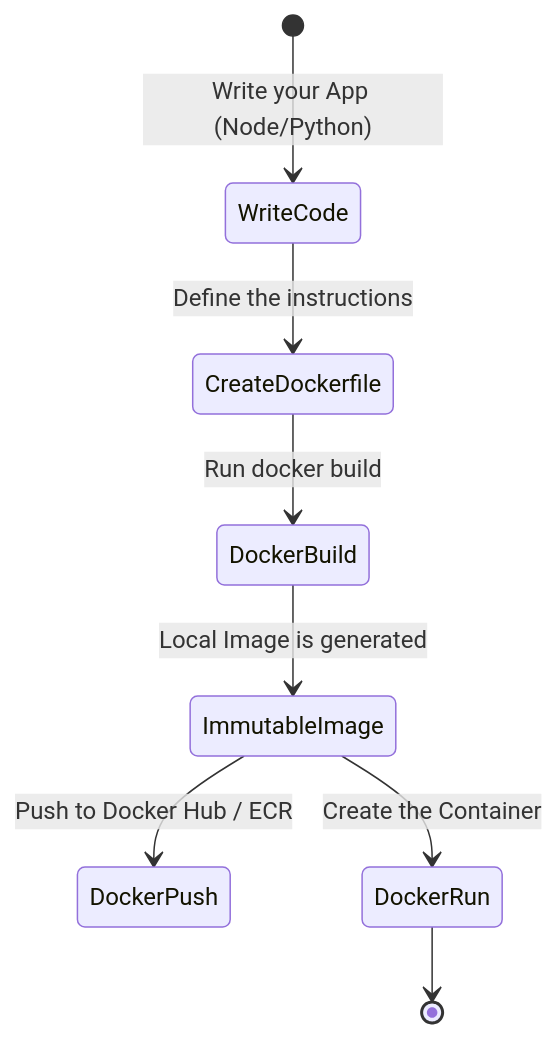
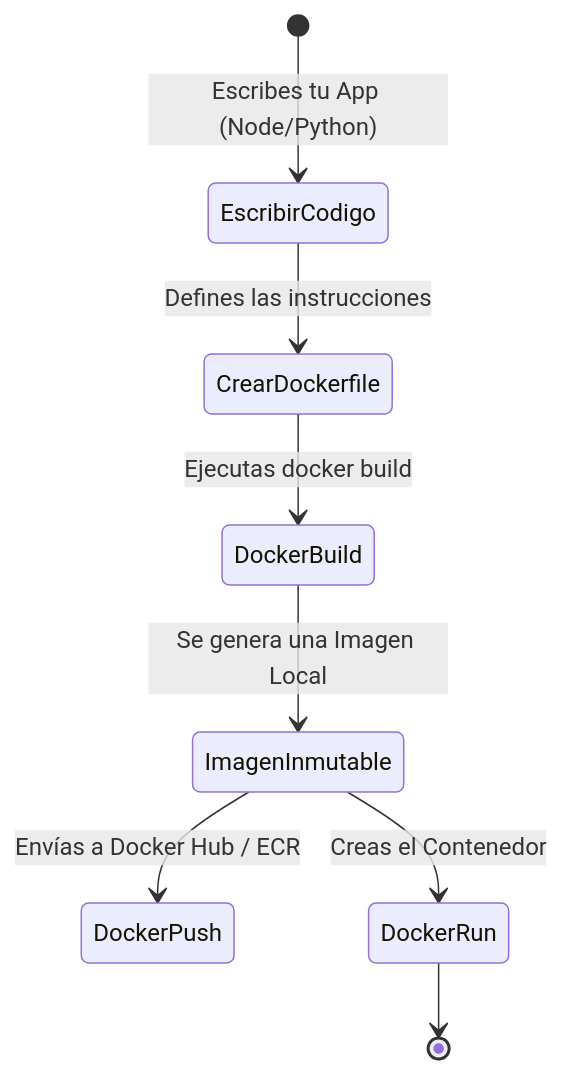
Before and after one commit to gjpierp/nmergeia: the first of 2 diagrams in public/docs/en/docker_basico.md, drawn with Mermaid. The commit also changed other lines of this file and 518 other files, not shown here.

````diff
--- a/public/docs/en/docker_basico.md
+++ b/public/docs/en/docker_basico.md
@@ -11,10 +11,10 @@
 ```mermaid
 stateDiagram-v2
-    [*] --> WriteCode: Write your App (Node/Python)
-    WriteCode --> CreateDockerfile: Define the instructions
-    CreateDockerfile --> DockerBuild: Run docker build
-    DockerBuild --> ImmutableImage: Local Image is generated
-    ImmutableImage --> DockerPush: Push to Docker Hub / ECR
-    ImmutableImage --> DockerRun: Create the Container
+    [*] --> EscribirCodigo: Escribes tu App (Node/Python)
+    EscribirCodigo --> CrearDockerfile: Defines las instrucciones
+    CrearDockerfile --> DockerBuild: Ejecutas docker build
+    DockerBuild --> ImagenInmutable: Se genera una Imagen Local
+    ImagenInmutable --> DockerPush: Envías a Docker Hub / ECR
+    ImagenInmutable --> DockerRun: Creas el Contenedor
     DockerRun --> [*]
 ```
````
